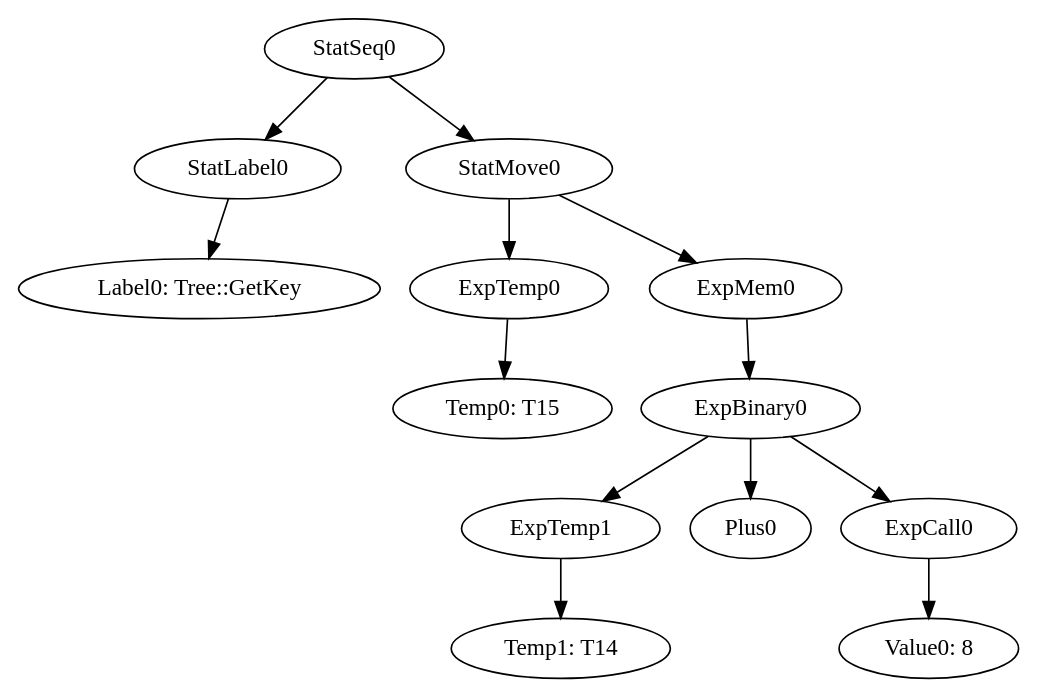
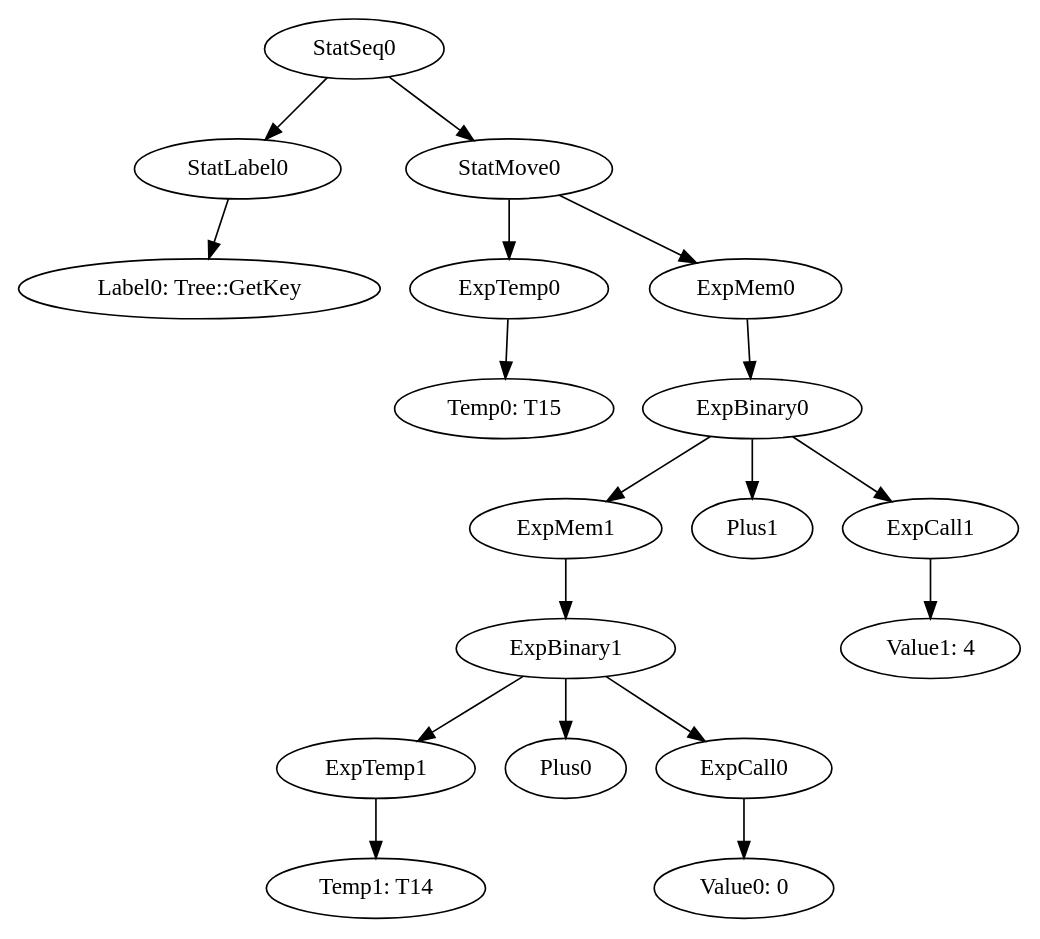
The diagram in MiniJava/results/SamplesCorrect/TreeVisitor/irt_Tree::GetKey.gv (team-compilers/compilers), drawn with Graphviz before and after one commit. The commit also changed 168 other files, not shown here.

```diff
--- a/MiniJava/results/SamplesCorrect/TreeVisitor/irt_Tree::GetKey.gv
+++ b/MiniJava/results/SamplesCorrect/TreeVisitor/irt_Tree::GetKey.gv
@@ -1,15 +1,20 @@
 digraph {
 	ordering = out;
-	ExpMem0 -> ExpBinary0;
-	ExpCall0 -> "Value0: 8";
-	ExpTemp1 -> "Temp1: T14";
-	StatLabel0 -> "Label0: Tree::GetKey";
+	StatMove0 -> ExpTemp0;
+	StatMove0 -> ExpMem0;
+	ExpBinary0 -> ExpMem1;
+	ExpBinary0 -> Plus1;
+	ExpBinary0 -> ExpCall1;
+	ExpCall1 -> "Value1: 4";
+	ExpTemp0 -> "Temp0: T15";
 	StatSeq0 -> StatLabel0;
 	StatSeq0 -> StatMove0;
-	ExpTemp0 -> "Temp0: T15";
-	ExpBinary0 -> ExpTemp1;
-	ExpBinary0 -> Plus0;
-	ExpBinary0 -> ExpCall0;
-	StatMove0 -> ExpTemp0;
-	StatMove0 -> ExpMem0;
+	StatLabel0 -> "Label0: Tree::GetKey";
+	ExpTemp1 -> "Temp1: T14";
+	ExpMem0 -> ExpBinary0;
+	ExpBinary1 -> ExpTemp1;
+	ExpBinary1 -> Plus0;
+	ExpBinary1 -> ExpCall0;
+	ExpCall0 -> "Value0: 0";
+	ExpMem1 -> ExpBinary1;
 }
```
